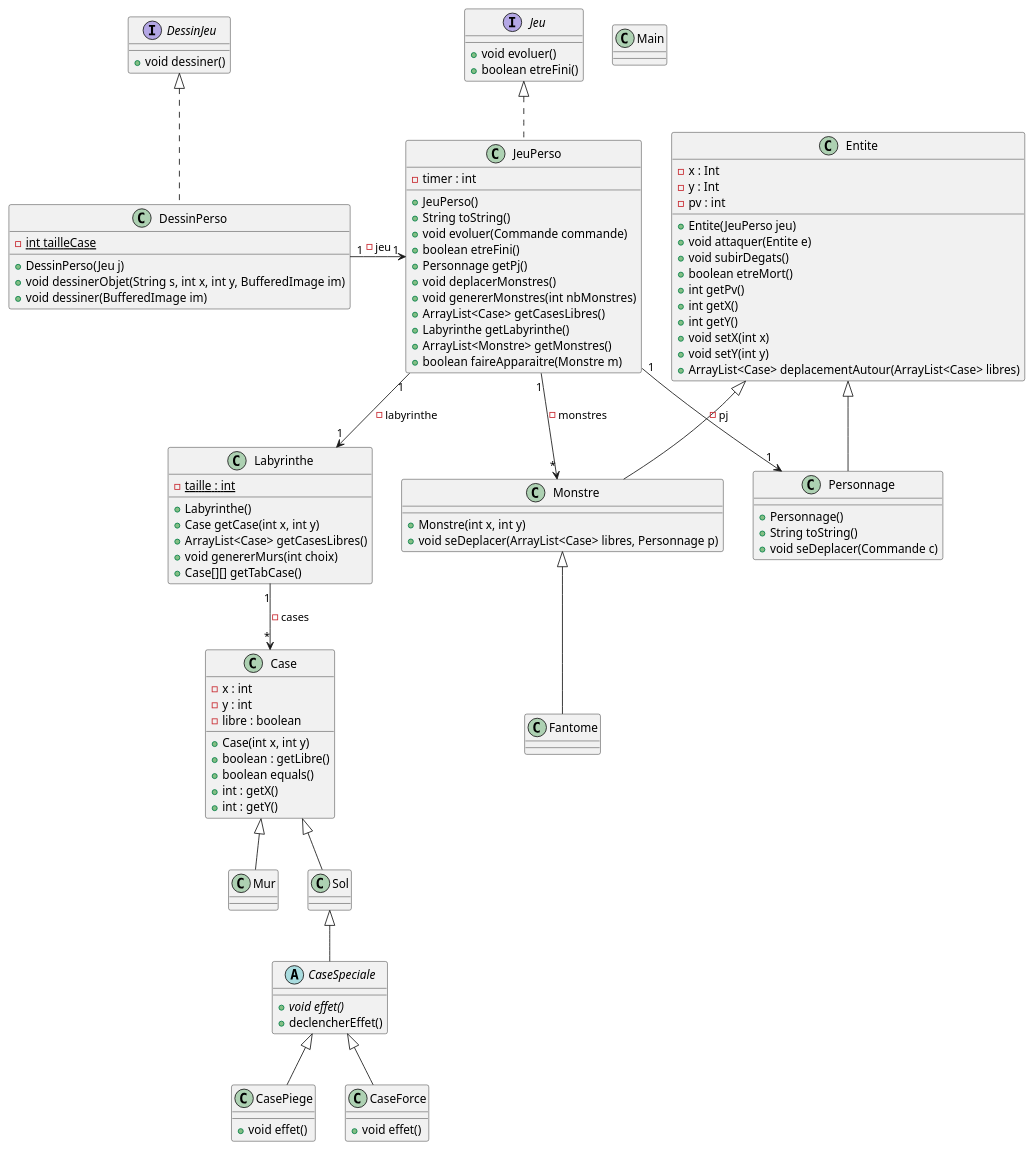
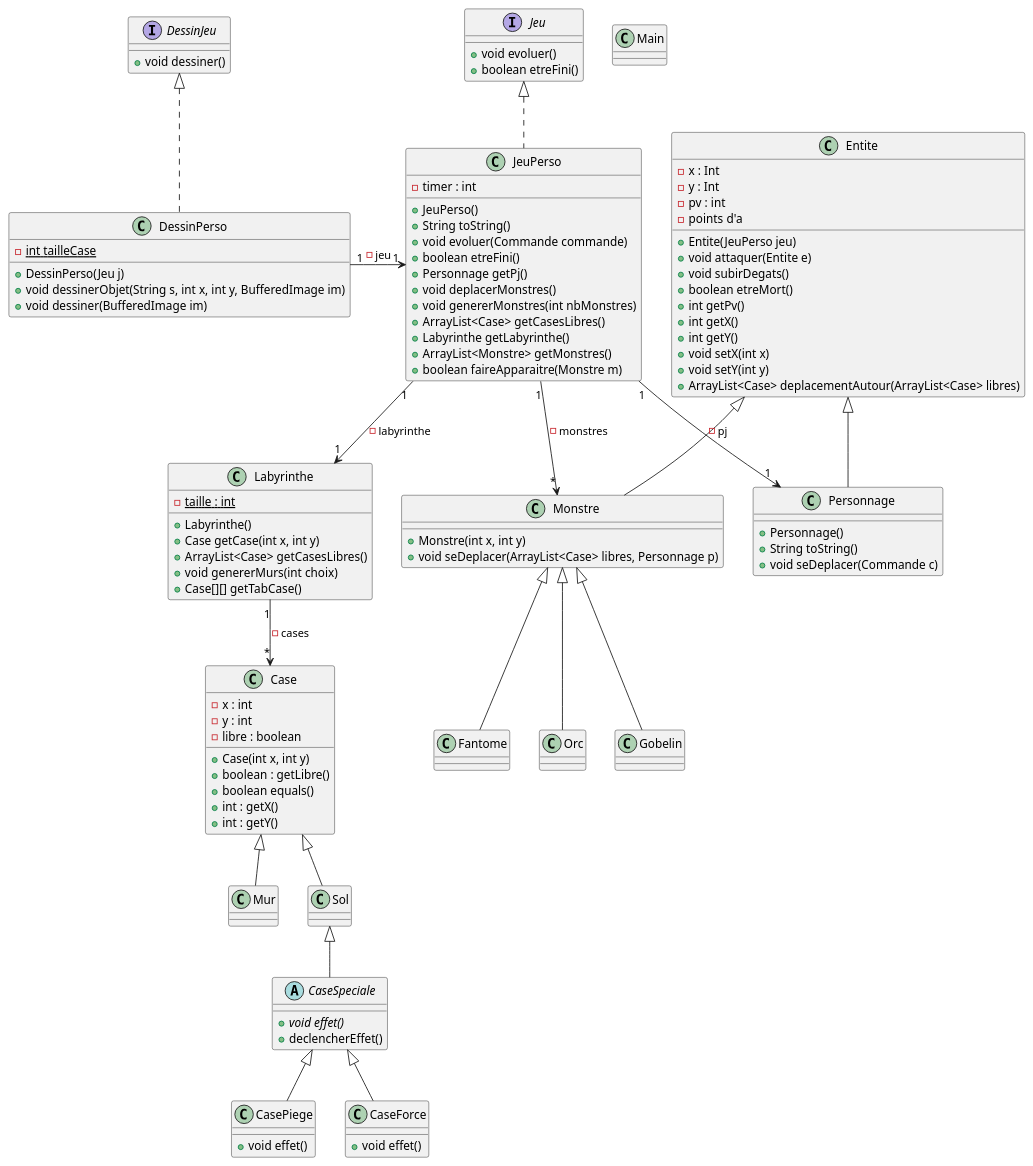
The diagram in documents/version5/diagramme.puml (MichelGrolet/2d-game), drawn with PlantUML before and after one commit.

Commit message:
diagramme v5

```diff
--- a/documents/version5/diagramme.puml
+++ b/documents/version5/diagramme.puml
@@ -1,111 +1,117 @@
 @startuml
 
 class Main {}
 
 class Labyrinthe {
     - {static} taille : int
     + Labyrinthe()
     + Case getCase(int x, int y)
     + ArrayList<Case> getCasesLibres()
     + void genererMurs(int choix)
     + Case[][] getTabCase()
 }
 Labyrinthe "1" --> "*" Case : - cases
 
 class Case {
     - x : int
     - y : int
     - libre : boolean
     + Case(int x, int y)
     + boolean : getLibre()
     + boolean equals()
     + int : getX()
     + int : getY()
 }
 
 class Mur extends Case {
 }
 
 class Sol extends Case {
 }
 
 abstract class CaseSpeciale extends Sol {
     + {abstract} void effet()
     + declencherEffet()
 }
 
 class CasePiege extends CaseSpeciale {
      + void effet()
 }
 
 class CaseForce extends CaseSpeciale {
      + void effet()
 }
 
 class Entite {
     - x : Int
     - y : Int
     - pv : int
+    - points d'a
     + Entite(JeuPerso jeu)
     + void attaquer(Entite e)
     + void subirDegats()
     + boolean etreMort()
     + int getPv()
     + int getX()
     + int getY()
     + void setX(int x)
     + void setY(int y)
     + ArrayList<Case> deplacementAutour(ArrayList<Case> libres)
 }
 
 class Personnage extends Entite {
     + Personnage()
     + String toString()
     + void seDeplacer(Commande c)
 }
 
 class Monstre extends Entite {
     + Monstre(int x, int y)
     + void seDeplacer(ArrayList<Case> libres, Personnage p)
 }
 
 class Fantome extends Monstre {
+}
 
+class Orc extends Monstre {
+}
+
+class Gobelin extends Monstre {
 }
 
 interface Jeu {
     + void evoluer()
     + boolean etreFini()
 }
 
 interface DessinJeu {
     + void dessiner()
 }
 
 class JeuPerso implements Jeu {
     - timer : int
     + JeuPerso()
     + String toString()
     + void evoluer(Commande commande)
     + boolean etreFini()
     + Personnage getPj()
     + void deplacerMonstres()
     + void genererMonstres(int nbMonstres)
     + ArrayList<Case> getCasesLibres()
     + Labyrinthe getLabyrinthe()
     + ArrayList<Monstre> getMonstres()
     + boolean faireApparaitre(Monstre m)
 }
 JeuPerso "1" --> "1" Labyrinthe : - labyrinthe
 JeuPerso "1" --> "1" Personnage : - pj
 JeuPerso "1" --> "*" Monstre : - monstres
 
 class DessinPerso implements DessinJeu {
     - {static} int tailleCase
     + DessinPerso(Jeu j)
     + void dessinerObjet(String s, int x, int y, BufferedImage im)
     + void dessiner(BufferedImage im)
 }
 DessinPerso "1" -> "1" JeuPerso : - jeu
 
 @enduml
```
